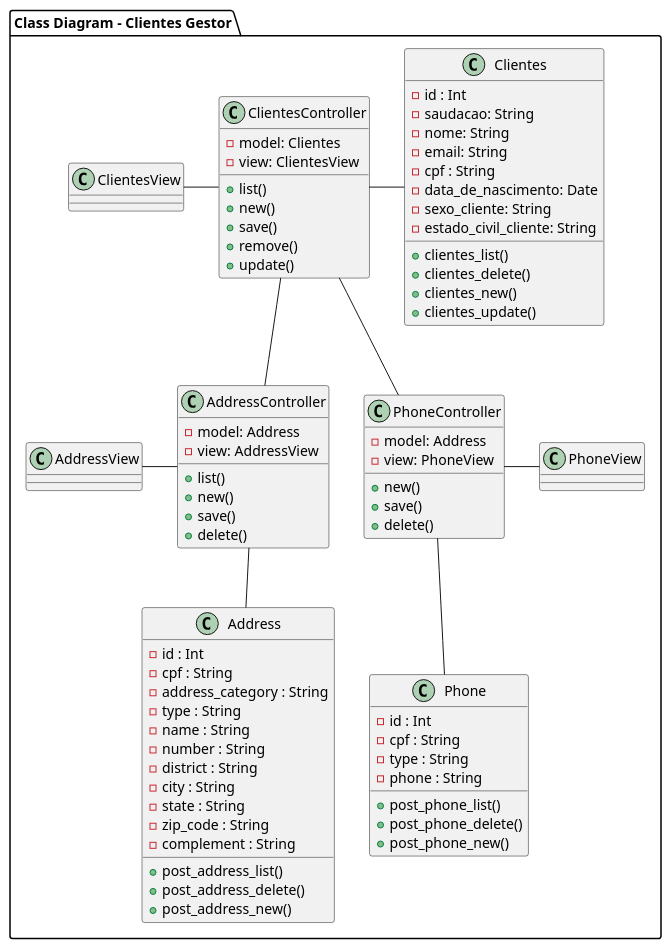
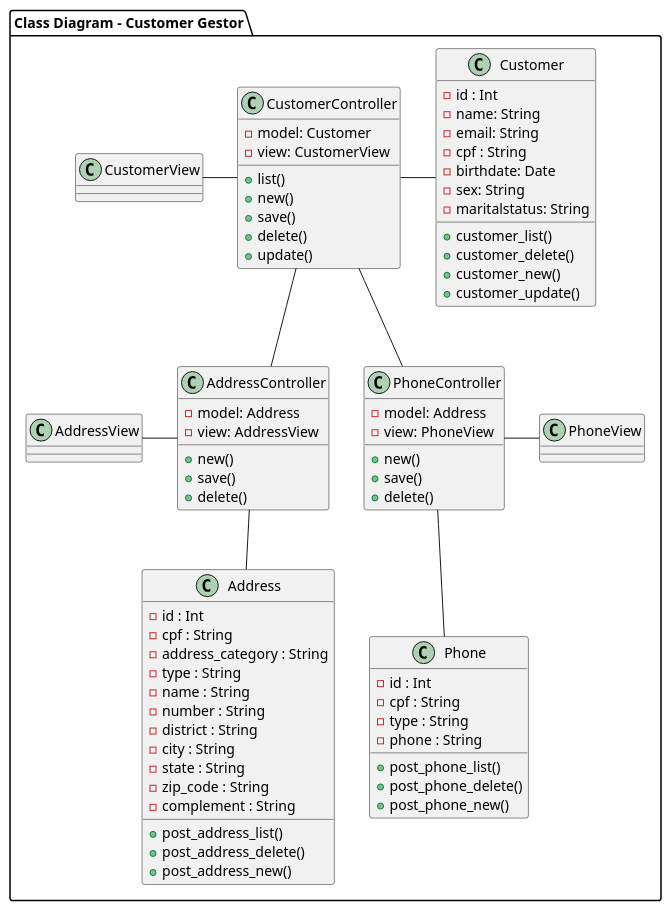
The diagram in modelagem/diagrama_de_classe.plantuml (douglascarlos-dev/Clientes-Gestor), drawn with PlantUML before and after one commit. The commit also changed 1 other file, not shown here.

```diff
--- a/modelagem/diagrama_de_classe.plantuml
+++ b/modelagem/diagrama_de_classe.plantuml
@@ -1,88 +1,86 @@
 @startuml Class Diagram
 
-package "Class Diagram - Clientes Gestor" {
+package "Class Diagram - Customer Gestor" {
 
-ClientesController -left- ClientesView
-ClientesController -right- Clientes
-ClientesController -- AddressController
-ClientesController -- PhoneController
+CustomerController -left- CustomerView
+CustomerController -right- Customer
+CustomerController -- AddressController
+CustomerController -- PhoneController
 
 AddressController -left- AddressView
 AddressController -- Address
 
 PhoneController -right- PhoneView
 PhoneController -- Phone
 
-class ClientesController {
-    -model: Clientes
-    -view: ClientesView
+class CustomerController {
+    -model: Customer
+    -view: CustomerView
     +list()
     +new()
     +save()
-    +remove()
+    +delete()
     +update()
 }
 
-class Clientes {
+class Customer {
     -id : Int
-    -saudacao: String
-    -nome: String
+    -name: String
     -email: String
     -cpf : String
-    -data_de_nascimento: Date
-    -sexo_cliente: String
-    -estado_civil_cliente: String
-    +clientes_list()
-    +clientes_delete()
-    +clientes_new()
-    +clientes_update()
+    -birthdate: Date
+    -sex: String
+    -maritalstatus: String
+    +customer_list()
+    +customer_delete()
+    +customer_new()
+    +customer_update()
 }
 
 class AddressController {
     -model: Address
     -view: AddressView
-    +list()
     +new()
     +save()
     +delete()
 }
 
 class PhoneController {
     -model: Address
     -view: PhoneView
     +new()
     +save()
     +delete()
 }
 
 class Address {
     -id : Int
     -cpf : String
     -address_category : String
     -type : String
     -name : String
     -number : String
     -district : String
     -city : String
     -state : String
     -zip_code : String
     -complement : String
     +post_address_list()
     +post_address_delete()
     +post_address_new()
 }
 
 class Phone {
     -id : Int
     -cpf : String
     -type : String
     -phone : String
     +post_phone_list()
     +post_phone_delete()
     +post_phone_new()
 }
 
 class AddressView {
 }
 
 @enduml
```
